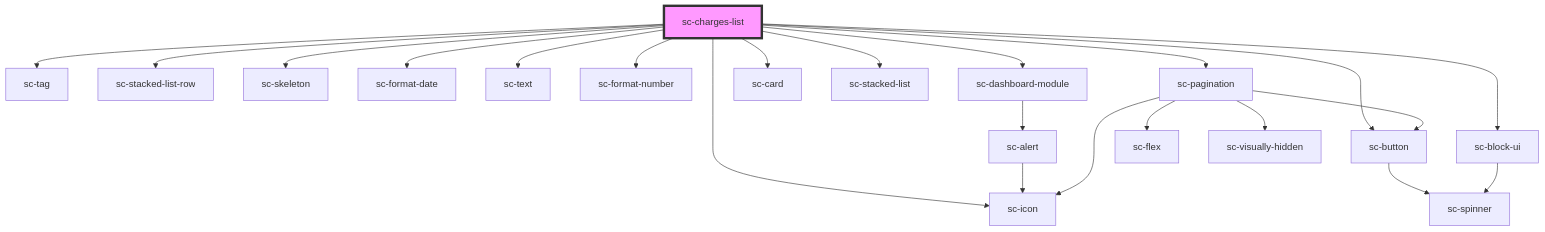
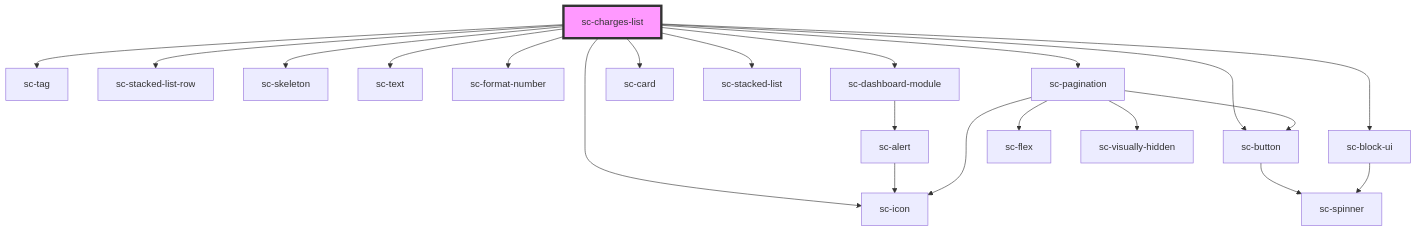
One commit to surecart/surecart-wp-plugin changed the diagram in packages/components/src/components/controllers/dashboard/charges-list/readme.md. Above: the diagram before and after it, drawn with Mermaid. The commit also changed other lines of this file and 52 other files, not shown here.

````diff
--- a/packages/components/src/components/controllers/dashboard/charges-list/readme.md
+++ b/packages/components/src/components/controllers/dashboard/charges-list/readme.md
@@ -37,25 +36,24 @@
 ```mermaid
 graph TD;
   sc-charges-list --> sc-tag
   sc-charges-list --> sc-stacked-list-row
   sc-charges-list --> sc-skeleton
-  sc-charges-list --> sc-format-date
   sc-charges-list --> sc-text
   sc-charges-list --> sc-format-number
   sc-charges-list --> sc-dashboard-module
   sc-charges-list --> sc-button
   sc-charges-list --> sc-icon
   sc-charges-list --> sc-card
   sc-charges-list --> sc-stacked-list
   sc-charges-list --> sc-pagination
   sc-charges-list --> sc-block-ui
   sc-dashboard-module --> sc-alert
   sc-alert --> sc-icon
   sc-button --> sc-spinner
   sc-pagination --> sc-flex
   sc-pagination --> sc-button
   sc-pagination --> sc-visually-hidden
   sc-pagination --> sc-icon
   sc-block-ui --> sc-spinner
   style sc-charges-list fill:#f9f,stroke:#333,stroke-width:4px
 ```
````
